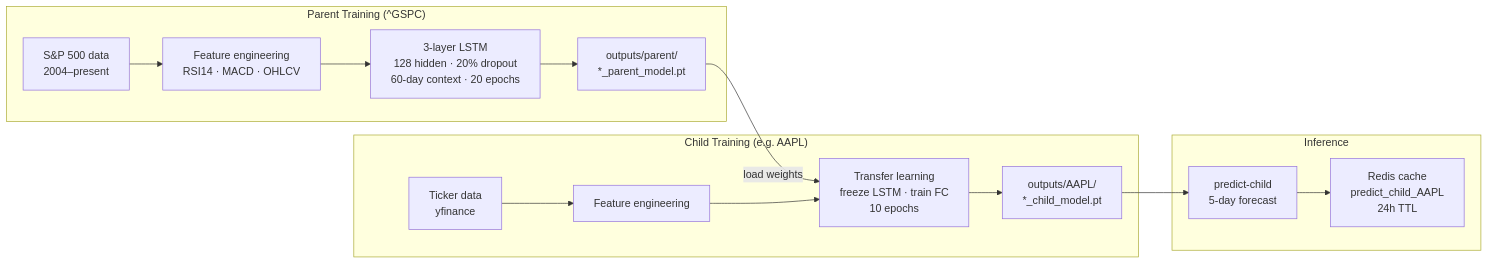
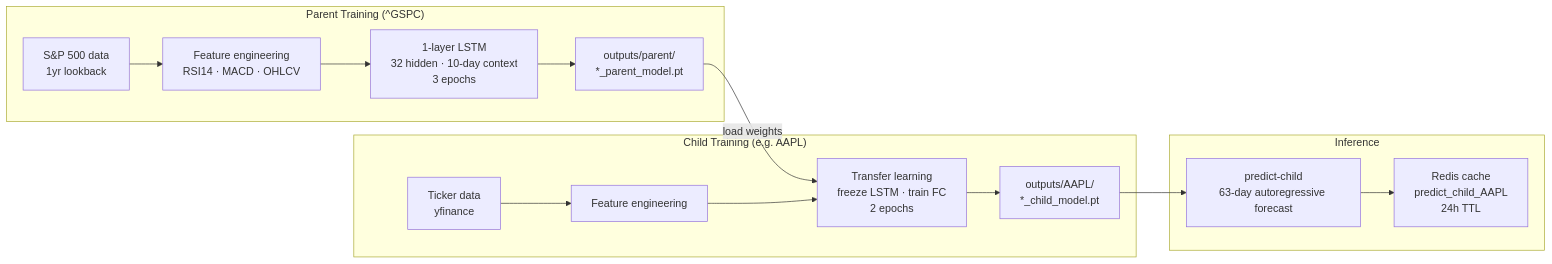
The third of 4 diagrams in README.md (ShrithikShahapure/stock-agent-ops), drawn with Mermaid before and after one commit. The commit also changed other lines of this file and 16 other files, not shown here.

````diff
--- a/README.md
+++ b/README.md
@@ -96,20 +103,20 @@
 ```mermaid
 flowchart LR
     subgraph Parent["Parent Training (^GSPC)"]
-        SP500["S&P 500 data<br/>2004–present"] --> FP["Feature engineering<br/>RSI14 · MACD · OHLCV"]
-        FP --> LSTM["3-layer LSTM<br/>128 hidden · 20% dropout<br/>60-day context · 20 epochs"]
+        SP500["S&P 500 data<br/>1yr lookback"] --> FP["Feature engineering<br/>RSI14 · MACD · OHLCV"]
+        FP --> LSTM["1-layer LSTM<br/>32 hidden · 10-day context<br/>3 epochs"]
         LSTM --> PM["outputs/parent/<br/>*_parent_model.pt"]
     end
 
     subgraph Child["Child Training (e.g. AAPL)"]
         TK["Ticker data<br/>yfinance"] --> FC["Feature engineering"]
-        PM -->|"load weights"| TL["Transfer learning<br/>freeze LSTM · train FC<br/>10 epochs"]
+        PM -->|"load weights"| TL["Transfer learning<br/>freeze LSTM · train FC<br/>2 epochs"]
         FC --> TL
         TL --> CM["outputs/AAPL/<br/>*_child_model.pt"]
     end
 
     subgraph Inference["Inference"]
-        CM --> PRED["predict-child<br/>5-day forecast"]
+        CM --> PRED["predict-child<br/>63-day autoregressive forecast"]
         PRED --> RC["Redis cache<br/>predict_child_AAPL<br/>24h TTL"]
     end
 ```
````
